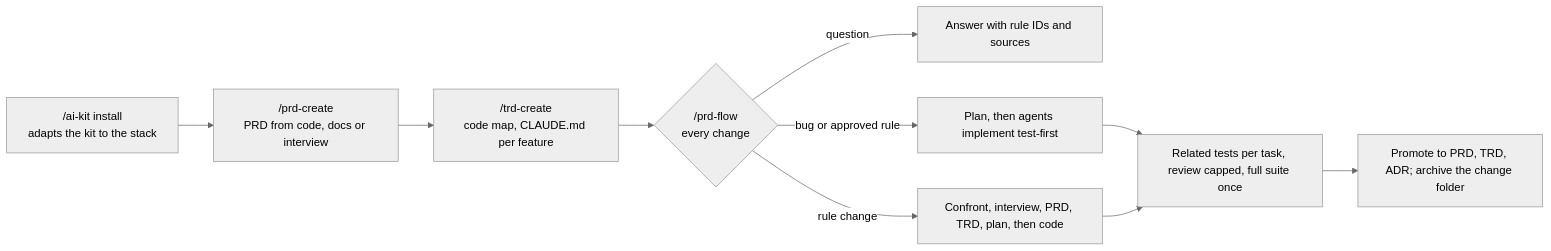
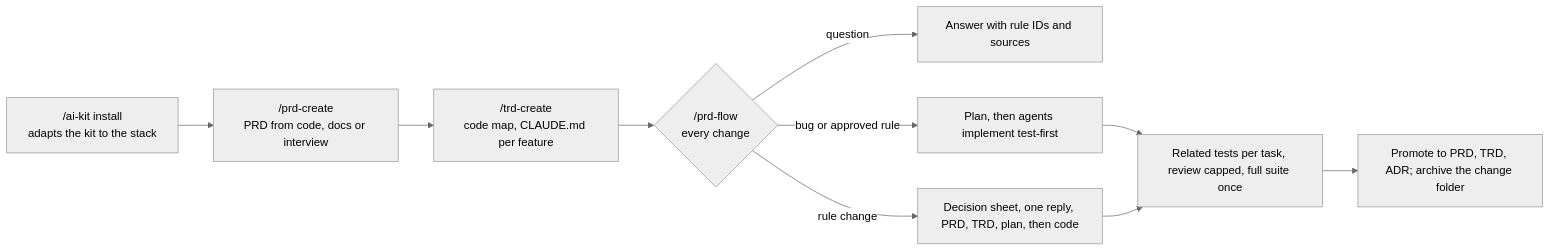
One commit to mtperessoni/ai-starter-kit changed the diagram in README.md. Above: the diagram before and after it, drawn with Mermaid (neutral theme). The commit also changed other lines of this file and 11 other files, not shown here.

First line of the commit message:
docs(rules): one-pass interview, orphan guard and one-home rows, LS32, meta-rules M08 to M13, CHANGELOG

````diff
--- a/README.md
+++ b/README.md
@@ -25,12 +25,12 @@
 ```mermaid
 flowchart LR
     I["/ai-kit install<br/>adapts the kit to the stack"] --> P["/prd-create<br/>PRD from code, docs or interview"]
     P --> T["/trd-create<br/>code map, CLAUDE.md per feature"]
     T --> G{"/prd-flow<br/>every change"}
     G -->|question| A[Answer with rule IDs and sources]
     G -->|bug or approved rule| X[Plan, then agents implement test-first]
-    G -->|rule change| R[Confront, interview, PRD, TRD, plan, then code]
+    G -->|rule change| R[Decision sheet, one reply, PRD, TRD, plan, then code]
     X --> V[Related tests per task, review capped, full suite once]
     R --> V
     V --> M[Promote to PRD, TRD, ADR; archive the change folder]
 ```
````
